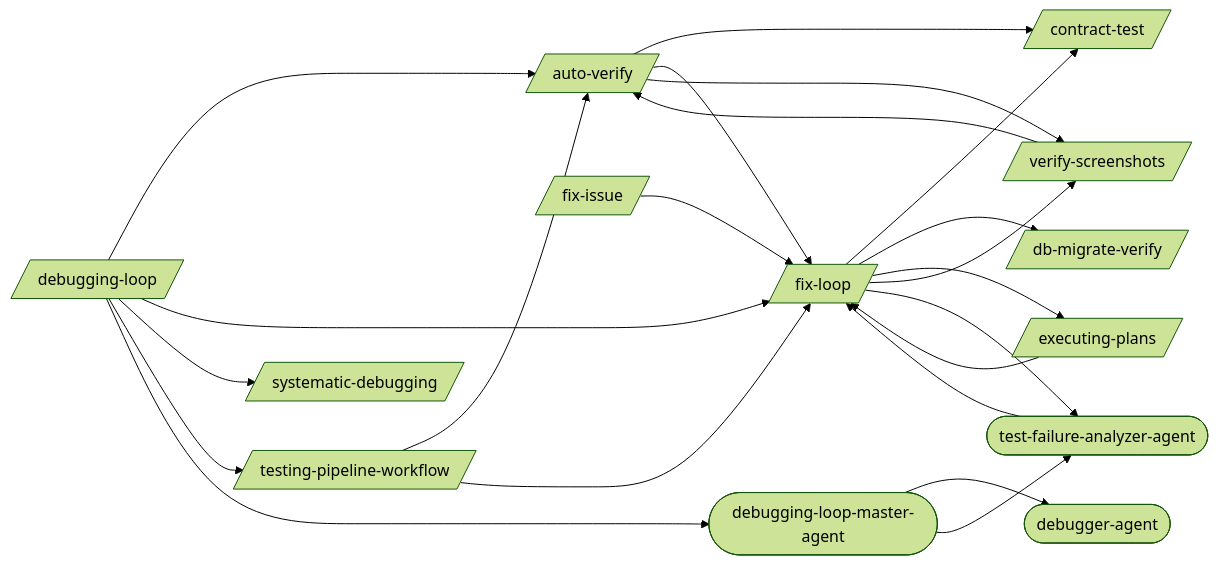
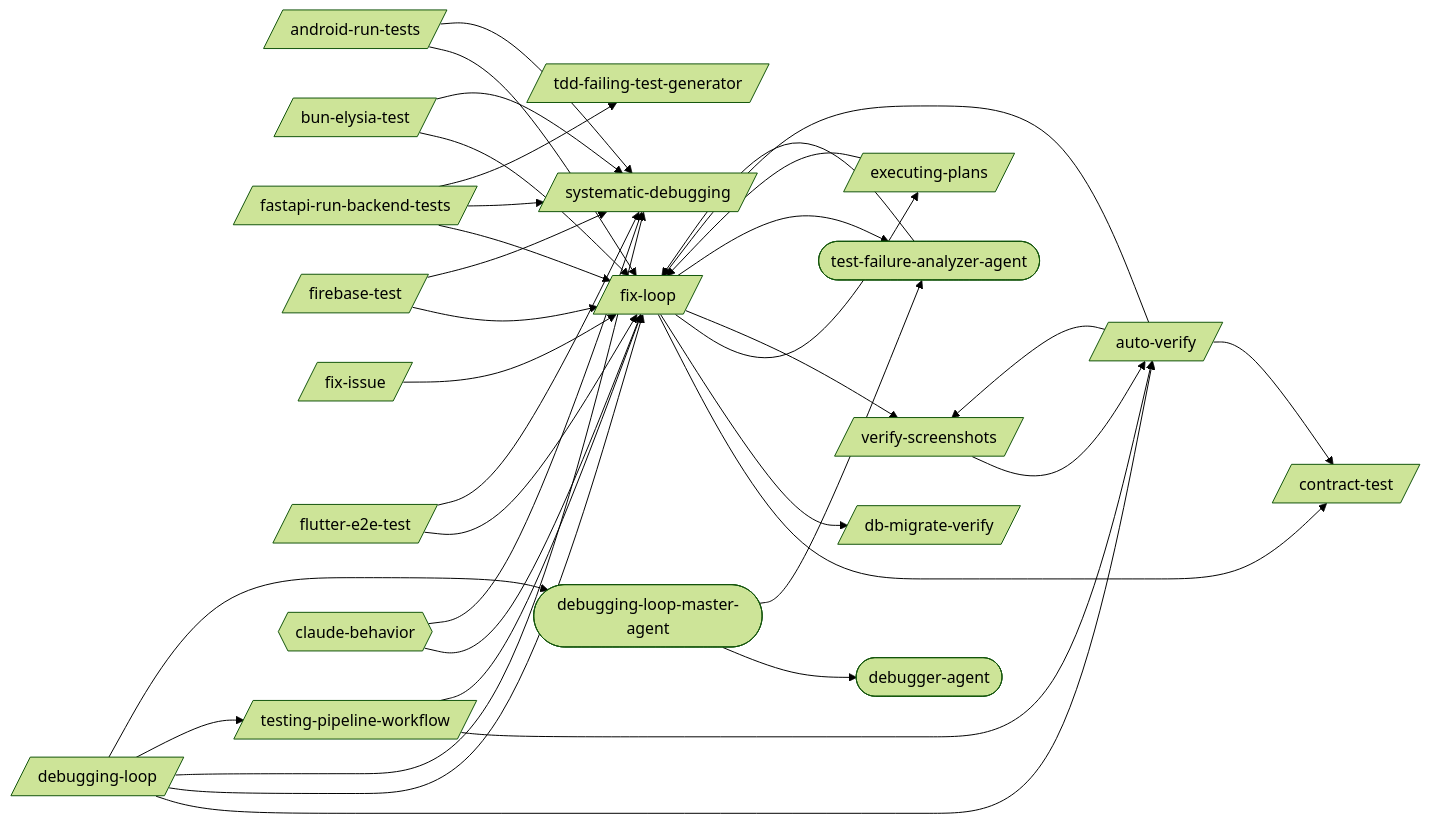
The first of 2 diagrams in docs/workflows/debugging-loop.md (abhayla/claude-best-practices), drawn with Mermaid (forest theme) before and after one commit. The commit also changed other lines of this file and 23 other files, not shown here.

````diff
--- a/docs/workflows/debugging-loop.md
+++ b/docs/workflows/debugging-loop.md
@@ -9,37 +11,57 @@
 ```mermaid
 graph LR
+    android_run_tests[/android-run-tests/]
     auto_verify[/auto-verify/]
+    bun_elysia_test[/bun-elysia-test/]
     contract_test[/contract-test/]
     db_migrate_verify[/db-migrate-verify/]
     debugging_loop[/debugging-loop/]
     executing_plans[/executing-plans/]
+    fastapi_run_backend_tests[/fastapi-run-backend-tests/]
+    firebase_test[/firebase-test/]
     fix_issue[/fix-issue/]
     fix_loop[/fix-loop/]
+    flutter_e2e_test[/flutter-e2e-test/]
     systematic_debugging[/systematic-debugging/]
+    tdd_failing_test_generator[/tdd-failing-test-generator/]
     testing_pipeline_workflow[/testing-pipeline-workflow/]
     verify_screenshots[/verify-screenshots/]
     debugger_agent([debugger-agent])
     debugging_loop_master_agent([debugging-loop-master-agent])
     test_failure_analyzer_agent([test-failure-analyzer-agent])
+    claude_behavior{{claude-behavior}}
+    android_run_tests --> fix_loop
+    android_run_tests --> systematic_debugging
     auto_verify --> contract_test
     auto_verify --> fix_loop
     auto_verify --> verify_screenshots
+    bun_elysia_test --> fix_loop
+    bun_elysia_test --> systematic_debugging
     debugging_loop --> auto_verify
     debugging_loop --> fix_loop
     debugging_loop --> systematic_debugging
     debugging_loop --> testing_pipeline_workflow
     debugging_loop --> debugging_loop_master_agent
     executing_plans --> fix_loop
+    fastapi_run_backend_tests --> fix_loop
+    fastapi_run_backend_tests --> systematic_debugging
+    fastapi_run_backend_tests --> tdd_failing_test_generator
+    firebase_test --> fix_loop
+    firebase_test --> systematic_debugging
     fix_issue --> fix_loop
     fix_loop --> contract_test
     fix_loop --> db_migrate_verify
     fix_loop --> executing_plans
     fix_loop --> verify_screenshots
     fix_loop --> test_failure_analyzer_agent
+    flutter_e2e_test --> fix_loop
+    flutter_e2e_test --> systematic_debugging
     testing_pipeline_workflow --> auto_verify
     testing_pipeline_workflow --> fix_loop
     verify_screenshots --> auto_verify
     debugging_loop_master_agent --> debugger_agent
     debugging_loop_master_agent --> test_failure_analyzer_agent
     test_failure_analyzer_agent --> fix_loop
+    claude_behavior --> fix_loop
+    claude_behavior --> systematic_debugging
 ```
````
